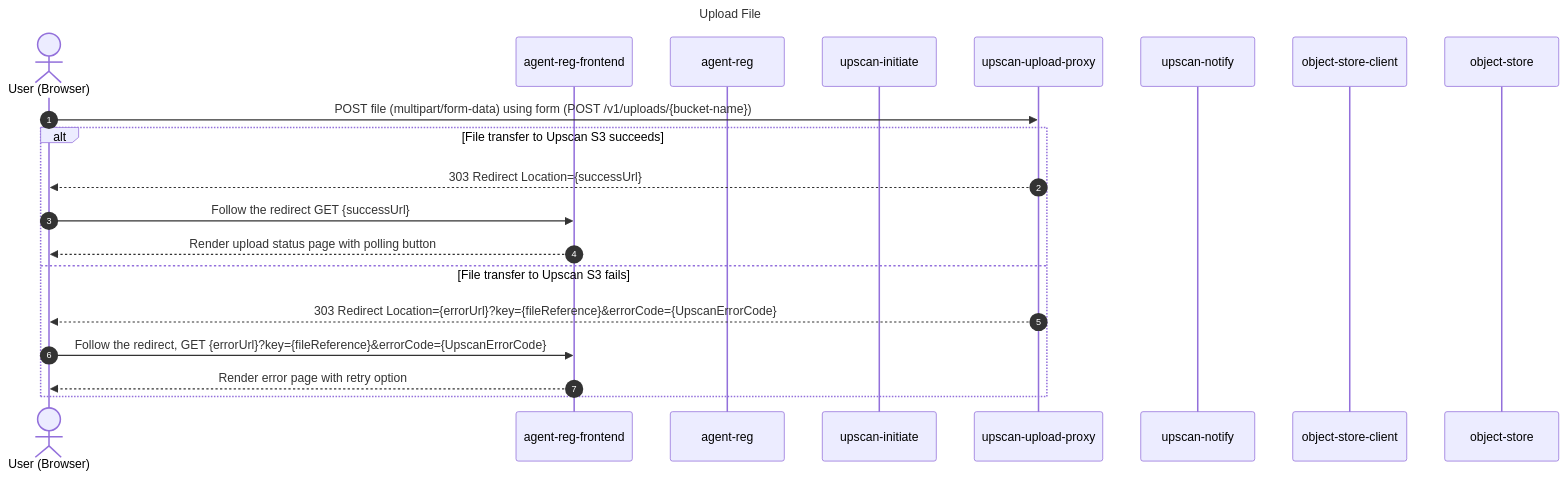
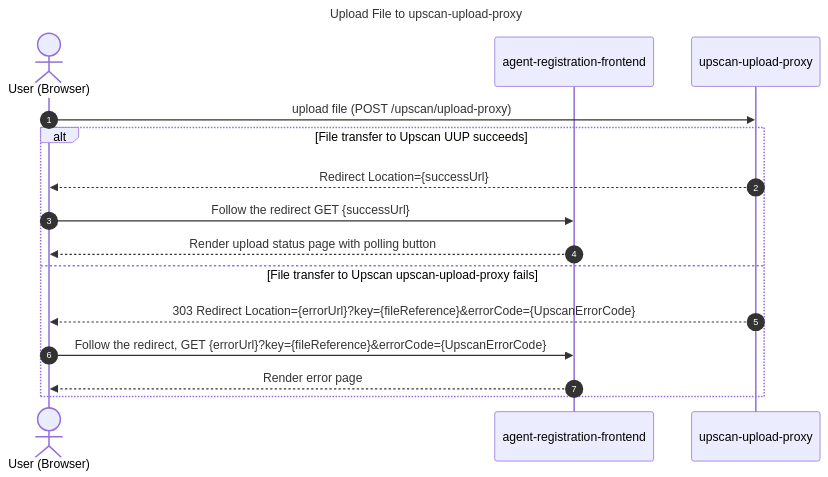
Before and after one commit to hmrc/agent-registration-frontend: the second of 4 diagrams in upscan-mermaid.md, drawn with Mermaid. The commit also changed other lines of this file and 1 other file, not shown here.

````diff
--- a/upscan-mermaid.md
+++ b/upscan-mermaid.md
@@ -24,27 +24,21 @@
 ```mermaid
 sequenceDiagram
 
-title Upload File
+title Upload File to upscan-upload-proxy
 autonumber
 
 actor U as User (Browser)
-participant FE as agent-reg-frontend
-participant BE as agent-reg
-participant UI as upscan-initiate
-participant S3 as upscan-upload-proxy
-participant UN as upscan-notify
-participant OSC as object‑store-client
-participant OS as object-store
+participant FE as agent-registration-frontend
+participant UUP as upscan-upload-proxy
 
-U->>S3: POST file (multipart/form-data) using form (POST /v1/uploads/{bucket-name})
-
-alt File transfer to Upscan S3 succeeds 
-S3-->>U: 303  Redirect Location={successUrl}
+U->>UUP: upload file (POST /upscan/upload-proxy)
+alt File transfer to Upscan UUP succeeds
+UUP-->>U: Redirect Location={successUrl}
 U->>FE: Follow the redirect GET {successUrl}
 FE-->>U: Render upload status page with polling button
-else File transfer to Upscan S3 fails
-S3-->>U: 303 Redirect Location={errorUrl}?key={fileReference}&errorCode={UpscanErrorCode}
+else File transfer to Upscan upscan-upload-proxy fails
+UUP-->>U: 303 Redirect Location={errorUrl}?key={fileReference}&errorCode={UpscanErrorCode}
 U->>FE: Follow the redirect, GET {errorUrl}?key={fileReference}&errorCode={UpscanErrorCode}
-FE-->>U: Render error page with retry option
+FE-->>U: Render error page
 end
 ```
````
